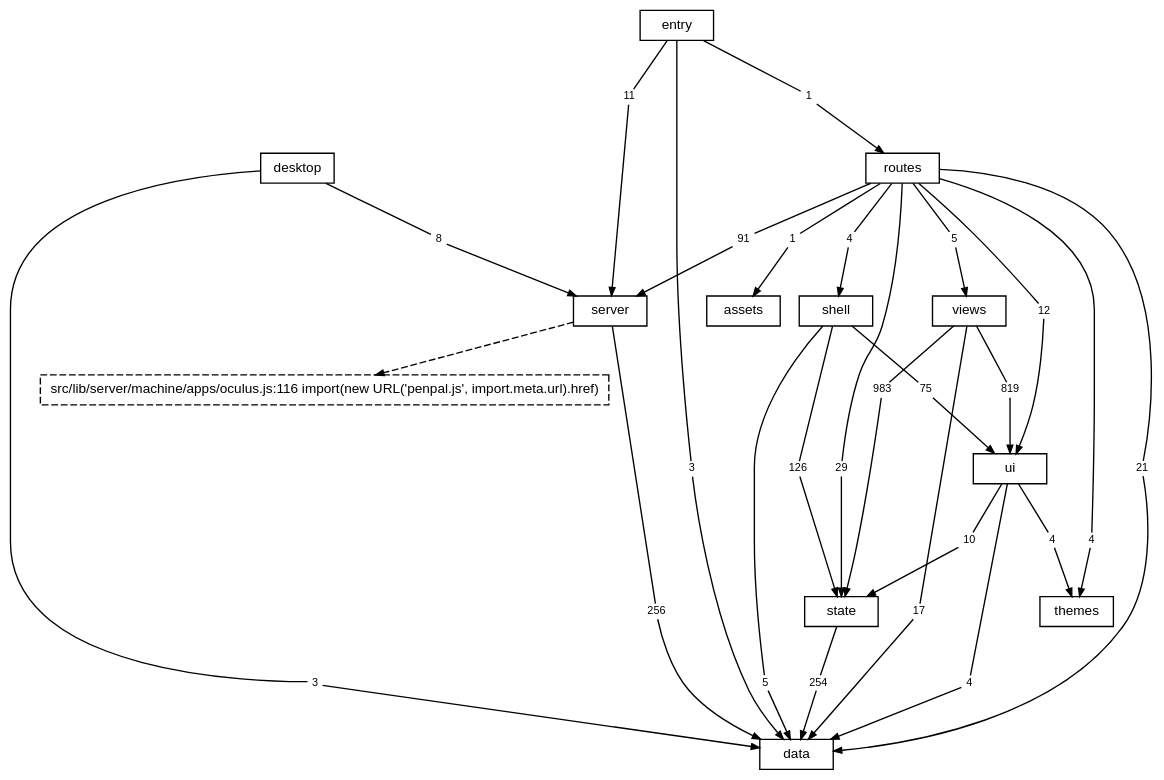
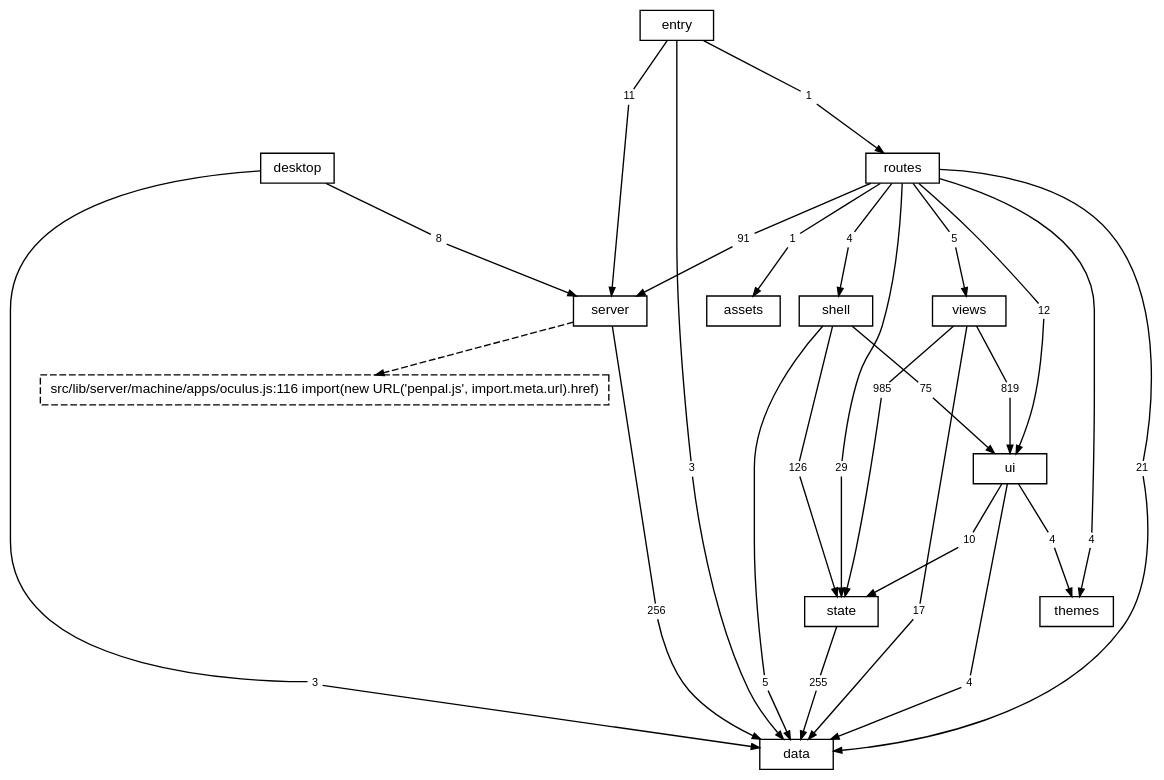
Before and after one commit to TheAxeC/oculus: the diagram in docs/diagrams/layers.dot, drawn with Graphviz. The commit also changed 25 other files, not shown here.

```diff
--- a/docs/diagrams/layers.dot
+++ b/docs/diagrams/layers.dot
@@ -1,90 +1,90 @@
 digraph layers {
     graph [bgcolor="transparent", rankdir=TB, newrank=true, fontname="Helvetica,Arial,sans-serif", fontsize=12, nodesep=0.2, ranksep=0.5];
     node [shape=box, color="black", fontcolor="black", fontname="Helvetica,Arial,sans-serif", fontsize=10, height=0.3, margin="0.12,0.04"];
     edge [color="black", fontcolor="black", fontname="Helvetica,Arial,sans-serif", fontsize=8, arrowsize=0.6];
     "data";
     "server";
     "state";
     "ui";
     "shell";
     "views";
     "themes";
     "routes";
     "desktop";
     "src" [label="entry"];
     "files: assets" [label="assets"];
     "? src/lib/server/machine/apps/oculus.js:116" [label="src/lib/server/machine/apps/oculus.js:116 import(new URL('penpal.js', import.meta.url).href)", style=dashed];
     "desktop to data" [label="3", shape=box, color="transparent", fontsize=8, width=0, height=0, margin="0.04,0.02"];
     "desktop" -> "desktop to data" [arrowhead=none];
     "desktop to data" -> "data" [];
     "desktop to server" [label="8", shape=box, color="transparent", fontsize=8, width=0, height=0, margin="0.04,0.02"];
     "desktop" -> "desktop to server" [arrowhead=none];
     "desktop to server" -> "server" [];
     "routes to data" [label="21", shape=box, color="transparent", fontsize=8, width=0, height=0, margin="0.04,0.02"];
     "routes" -> "routes to data" [arrowhead=none];
     "routes to data" -> "data" [];
     "routes to files: assets" [label="1", shape=box, color="transparent", fontsize=8, width=0, height=0, margin="0.04,0.02"];
     "routes" -> "routes to files: assets" [arrowhead=none];
     "routes to files: assets" -> "files: assets" [];
     "routes to server" [label="91", shape=box, color="transparent", fontsize=8, width=0, height=0, margin="0.04,0.02"];
     "routes" -> "routes to server" [arrowhead=none];
     "routes to server" -> "server" [];
     "routes to shell" [label="4", shape=box, color="transparent", fontsize=8, width=0, height=0, margin="0.04,0.02"];
     "routes" -> "routes to shell" [arrowhead=none];
     "routes to shell" -> "shell" [];
     "routes to state" [label="29", shape=box, color="transparent", fontsize=8, width=0, height=0, margin="0.04,0.02"];
     "routes" -> "routes to state" [arrowhead=none];
     "routes to state" -> "state" [];
     "routes to themes" [label="4", shape=box, color="transparent", fontsize=8, width=0, height=0, margin="0.04,0.02"];
     "routes" -> "routes to themes" [arrowhead=none];
     "routes to themes" -> "themes" [];
     "routes to ui" [label="12", shape=box, color="transparent", fontsize=8, width=0, height=0, margin="0.04,0.02"];
     "routes" -> "routes to ui" [arrowhead=none];
     "routes to ui" -> "ui" [];
     "routes to views" [label="5", shape=box, color="transparent", fontsize=8, width=0, height=0, margin="0.04,0.02"];
     "routes" -> "routes to views" [arrowhead=none];
     "routes to views" -> "views" [];
     "server to data" [label="256", shape=box, color="transparent", fontsize=8, width=0, height=0, margin="0.04,0.02"];
     "server" -> "server to data" [arrowhead=none];
     "server to data" -> "data" [];
     "shell to data" [label="5", shape=box, color="transparent", fontsize=8, width=0, height=0, margin="0.04,0.02"];
     "shell" -> "shell to data" [arrowhead=none];
     "shell to data" -> "data" [];
     "shell to state" [label="126", shape=box, color="transparent", fontsize=8, width=0, height=0, margin="0.04,0.02"];
     "shell" -> "shell to state" [arrowhead=none];
     "shell to state" -> "state" [];
     "shell to ui" [label="75", shape=box, color="transparent", fontsize=8, width=0, height=0, margin="0.04,0.02"];
     "shell" -> "shell to ui" [arrowhead=none];
     "shell to ui" -> "ui" [];
     "src to data" [label="3", shape=box, color="transparent", fontsize=8, width=0, height=0, margin="0.04,0.02"];
     "src" -> "src to data" [arrowhead=none];
     "src to data" -> "data" [];
     "src to routes" [label="1", shape=box, color="transparent", fontsize=8, width=0, height=0, margin="0.04,0.02"];
     "src" -> "src to routes" [arrowhead=none];
     "src to routes" -> "routes" [];
     "src to server" [label="11", shape=box, color="transparent", fontsize=8, width=0, height=0, margin="0.04,0.02"];
     "src" -> "src to server" [arrowhead=none];
     "src to server" -> "server" [];
-    "state to data" [label="254", shape=box, color="transparent", fontsize=8, width=0, height=0, margin="0.04,0.02"];
+    "state to data" [label="255", shape=box, color="transparent", fontsize=8, width=0, height=0, margin="0.04,0.02"];
     "state" -> "state to data" [arrowhead=none];
     "state to data" -> "data" [];
     "ui to data" [label="4", shape=box, color="transparent", fontsize=8, width=0, height=0, margin="0.04,0.02"];
     "ui" -> "ui to data" [arrowhead=none];
     "ui to data" -> "data" [];
     "ui to state" [label="10", shape=box, color="transparent", fontsize=8, width=0, height=0, margin="0.04,0.02"];
     "ui" -> "ui to state" [arrowhead=none];
     "ui to state" -> "state" [];
     "ui to themes" [label="4", shape=box, color="transparent", fontsize=8, width=0, height=0, margin="0.04,0.02"];
     "ui" -> "ui to themes" [arrowhead=none];
     "ui to themes" -> "themes" [];
     "views to data" [label="17", shape=box, color="transparent", fontsize=8, width=0, height=0, margin="0.04,0.02"];
     "views" -> "views to data" [arrowhead=none];
     "views to data" -> "data" [];
-    "views to state" [label="983", shape=box, color="transparent", fontsize=8, width=0, height=0, margin="0.04,0.02"];
+    "views to state" [label="985", shape=box, color="transparent", fontsize=8, width=0, height=0, margin="0.04,0.02"];
     "views" -> "views to state" [arrowhead=none];
     "views to state" -> "state" [];
     "views to ui" [label="819", shape=box, color="transparent", fontsize=8, width=0, height=0, margin="0.04,0.02"];
     "views" -> "views to ui" [arrowhead=none];
     "views to ui" -> "ui" [];
     "server" -> "? src/lib/server/machine/apps/oculus.js:116" [style=dashed];
 }
```
